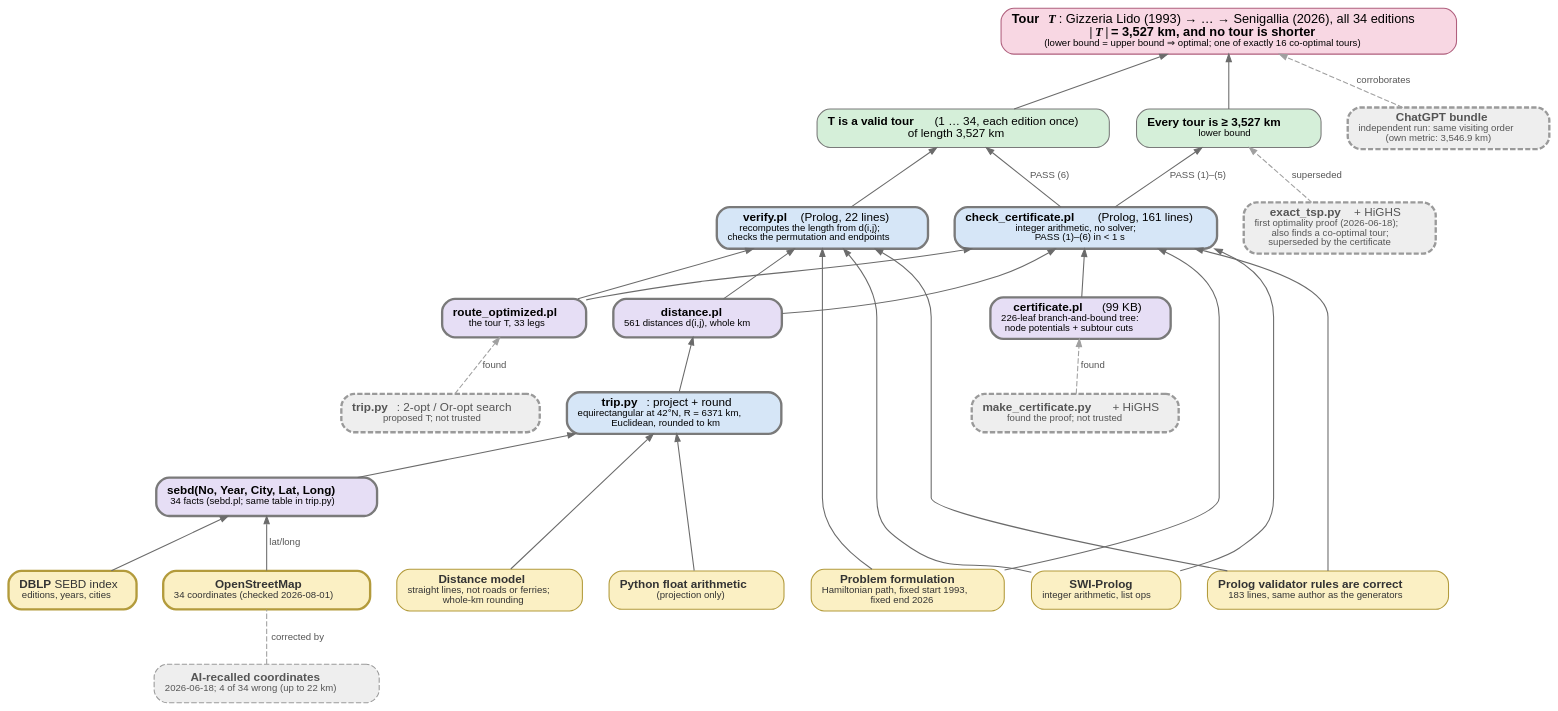
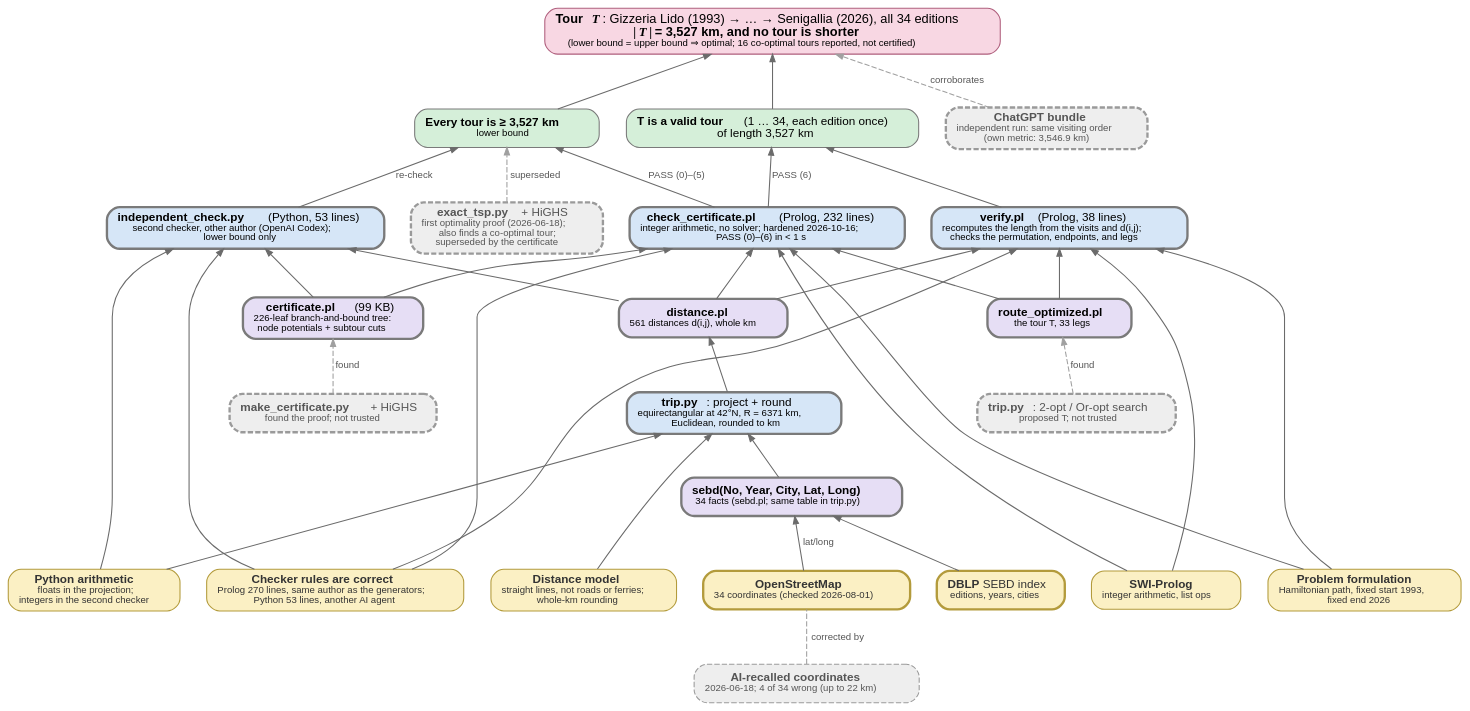
One commit to idaks/sebd-grand-tour changed the diagram in assets/evidence-tree-SEBD-tour.gv. Above: the diagram before and after it, drawn with Graphviz. The commit also changed 16 other files, not shown here.

```diff
--- a/assets/evidence-tree-SEBD-tour.gv
+++ b/assets/evidence-tree-SEBD-tour.gv
@@ -1,80 +1,86 @@
 // Evidence tree for the SEBD Grand Tour: what supports "T is an optimal tour of 3,527 km".
 // Root = derived claim; leaves = what you have to believe; inner nodes = checks/computations.
 // Grey dashed = untrusted helpers: they FOUND something that a trusted check then re-verifies.
 // Build: dot -Tsvg evidence-tree-SEBD-tour.gv -o evidence-tree-SEBD-tour.svg
-// Links are relative to this folder (evidence/...).
+// Links are relative to index.html, where the SVG is inlined (evidence/...).
+// The standalone evidence-tree-SEBD-tour.svg next to this file is rendered with ../evidence/ links.
 // Thick border (penwidth=2.2) = clickable node (has a URL).
 digraph evidence {
   rankdir=BT; newrank=true; nodesep=0.35; ranksep=0.55;
   bgcolor="transparent";
   node [shape=box, style="rounded,filled", fontname="Helvetica", fontsize=11,
         color="#7a7a7a", penwidth=1.0, margin="0.14,0.07"];
   edge [color="#6b6b6b", arrowsize=0.7, fontname="Helvetica", fontsize=9, fontcolor="#555555"];
 
   // ---------- root ----------
-  root [label=<<b>Tour <font face="Times-Roman"><i>T</i></font></b>: Gizzeria Lido (1993) → … → Senigallia (2026), all 34 editions<br/><b><font face="Times-Roman">|<i>T</i>|</font> = 3,527 km, and no tour is shorter</b><br/><font point-size="9">(lower bound = upper bound ⇒ optimal; one of exactly 16 co-optimal tours)</font>>,
+  root [label=<<b>Tour <font face="Times-Roman"><i>T</i></font></b>: Gizzeria Lido (1993) → … → Senigallia (2026), all 34 editions<br/><b><font face="Times-Roman">|<i>T</i>|</font> = 3,527 km, and no tour is shorter</b><br/><font point-size="9">(lower bound = upper bound ⇒ optimal; 16 co-optimal tours reported, not certified)</font>>,
         fillcolor="#f8d7e3", color="#b0607e", fontsize=12];
 
   // ---------- derived claims ----------
   c_valid [label=<<b>T is a valid tour</b>&#160;(1 … 34, each edition once)<br/>of length 3,527 km>, fillcolor="#d5efd9"];
   c_lower [label=<<b>Every tour is ≥ 3,527 km</b><br/><font point-size="9">lower bound</font>>, fillcolor="#d5efd9"];
 
   // ---------- trusted checks (runs) ----------
-  verify [tooltip="verify.pl: recomputes the tour length and checks the permutation", label=<<b>verify.pl</b>&#160;(Prolog, 22 lines)<br/><font point-size="9">recomputes the length from d(i,j);<br/>checks the permutation and endpoints</font>>,
+  verify [tooltip="verify.pl: recomputes the tour length and checks the permutation", label=<<b>verify.pl</b>&#160;(Prolog, 38 lines)<br/><font point-size="9">recomputes the length from the visits and d(i,j);<br/>checks the permutation, endpoints, and legs</font>>,
           fillcolor="#d6e6f7", URL="evidence/Claude-artifacts/verify.pl", penwidth=2.2];
-  checkcert [tooltip="check_certificate.pl: checks the optimality certificate, integer arithmetic only", label=<<b>check_certificate.pl</b>&#160;(Prolog, 161 lines)<br/><font point-size="9">integer arithmetic, no solver;<br/>PASS (1)–(6) in &lt; 1 s</font>>,
+  checkcert [tooltip="check_certificate.pl: checks the optimality certificate, integer arithmetic only", label=<<b>check_certificate.pl</b>&#160;(Prolog, 232 lines)<br/><font point-size="9">integer arithmetic, no solver; hardened 2026-10-16;<br/>PASS (0)–(6) in &lt; 1 s</font>>,
              fillcolor="#d6e6f7", URL="evidence/certificate/check_certificate.pl", penwidth=2.2];
+
+  indep [tooltip="independent_check.py: a second lower-bound check, by OpenAI Codex",
+         label=<<b>independent_check.py</b>&#160;(Python, 53 lines)<br/><font point-size="9">second checker, other author (OpenAI Codex);<br/>lower bound only</font>>,
+         fillcolor="#d6e6f7", URL="evidence/certificate/independent_check.py", penwidth=2.2];
 
   // ---------- artifacts (data) ----------
   route [tooltip="route_optimized.pl: the published tour", label=<<b>route_optimized.pl</b><br/><font point-size="9">the tour T, 33 legs</font>>, fillcolor="#e6def5",
          URL="evidence/Claude-artifacts/route_optimized.pl", penwidth=2.2];
   cert [tooltip="certificate.pl: the 226-leaf lower-bound proof", label=<<b>certificate.pl</b>&#160;(99 KB)<br/><font point-size="9">226-leaf branch-and-bound tree:<br/>node potentials + subtour cuts</font>>, fillcolor="#e6def5",
         URL="evidence/certificate/certificate.pl", penwidth=2.2];
   dist [tooltip="distance.pl: the 561 distances", label=<<b>distance.pl</b><br/><font point-size="9">561 distances d(i,j), whole km</font>>, fillcolor="#e6def5",
         URL="evidence/Claude-artifacts/distance.pl", penwidth=2.2];
   coords [tooltip="sebd.pl: editions, cities, coordinates", label=<<b>sebd(No, Year, City, Lat, Long)</b><br/><font point-size="9">34 facts (sebd.pl; same table in trip.py)</font>>, fillcolor="#e6def5",
           URL="evidence/Claude-artifacts/sebd.pl", penwidth=2.2];
 
   // ---------- trusted computation ----------
   project [tooltip="trip.py: projection and rounding", label=<<b>trip.py</b>: project + round<br/><font point-size="9">equirectangular at 42°N, R = 6371 km,<br/>Euclidean, rounded to km</font>>,
            fillcolor="#d6e6f7", URL="evidence/Claude-artifacts/trip.py", penwidth=2.2];
 
   // ---------- untrusted helpers (found, not trusted) ----------
   node [style="rounded,filled,dashed", fillcolor="#eeeeee", color="#9a9a9a", fontcolor="#555555"];
   search [tooltip="trip.py: the 2-opt search that found the tour", label=<<b>trip.py</b>: 2-opt / Or-opt search<br/><font point-size="9">proposed T; not trusted</font>>,
           URL="evidence/Claude-artifacts/trip.py", penwidth=2.2];
   mkcert [tooltip="make_certificate.py: generated the certificate with HiGHS", label=<<b>make_certificate.py</b> + HiGHS<br/><font point-size="9">found the proof; not trusted</font>>,
           URL="evidence/certificate/make_certificate.py", penwidth=2.2];
   exact [tooltip="exact_tsp.py: the first optimality proof", label=<<b>exact_tsp.py</b> + HiGHS<br/><font point-size="9">first optimality proof (2026-06-18);<br/>also finds a co-optimal tour;<br/>superseded by the certificate</font>>,
          URL="evidence/Claude-artifacts/exact_tsp.py", penwidth=2.2];
   gpt [tooltip="ChatGPT bundle: EVIDENCE.md", label=<<b>ChatGPT bundle</b><br/><font point-size="9">independent run: same visiting order<br/>(own metric: 3,546.9 km)</font>>,
        URL="evidence/GPT-artifacts/EVIDENCE.md", penwidth=2.2];
   airecall [label=<<b>AI-recalled coordinates</b><br/><font point-size="9">2026-06-18; 4 of 34 wrong (up to 22 km)</font>>];
 
   // ---------- leaves: what you have to believe ----------
   node [style="rounded,filled", fillcolor="#fbf0c4", color="#b39b3c", fontcolor="#333333"];
   dblp [tooltip="DBLP: SEBD proceedings index", label=<<b>DBLP</b> SEBD index<br/><font point-size="9">editions, years, cities</font>>, URL="https://dblp.org/db/conf/sebd/index.html", penwidth=2.2];
   osm [tooltip="OpenStreetMap", label=<<b>OpenStreetMap</b><br/><font point-size="9">34 coordinates (checked 2026-08-01)</font>>, URL="https://www.openstreetmap.org/", penwidth=2.2];
   model [label=<<b>Distance model</b><br/><font point-size="9">straight lines, not roads or ferries;<br/>whole-km rounding</font>>];
-  pyarith [label=<<b>Python float arithmetic</b><br/><font point-size="9">(projection only)</font>>];
+  pyarith [label=<<b>Python arithmetic</b><br/><font point-size="9">floats in the projection;<br/>integers in the second checker</font>>];
   formulation [label=<<b>Problem formulation</b><br/><font point-size="9">Hamiltonian path, fixed start 1993,<br/>fixed end 2026</font>>];
   swipl [label=<<b>SWI-Prolog</b><br/><font point-size="9">integer arithmetic, list ops</font>>];
-  checkers [label=<<b>Prolog validator rules are correct</b><br/><font point-size="9">183 lines, same author as the generators</font>>];
+  checkers [label=<<b>Checker rules are correct</b><br/><font point-size="9">Prolog 270 lines, same author as the generators;<br/>Python 53 lines, another AI agent</font>>];
 
   // ---------- support edges (from evidence up to claim) ----------
   c_valid -> root; c_lower -> root;
-  verify -> c_valid; checkcert -> c_valid [label="PASS (6)"]; checkcert -> c_lower [label="PASS (1)–(5)"];
+  verify -> c_valid; checkcert -> c_valid [label="PASS (6)"]; checkcert -> c_lower [label="PASS (0)–(5)"];
   route -> verify; dist -> verify;
   cert -> checkcert; dist -> checkcert; route -> checkcert;
   swipl -> verify; swipl -> checkcert; formulation -> verify; formulation -> checkcert; checkers -> verify; checkers -> checkcert;
+  indep -> c_lower [label="re-check"]; cert -> indep; dist -> indep; pyarith -> indep; checkers -> indep;
   project -> dist; coords -> project; model -> project; pyarith -> project;
   dblp -> coords; osm -> coords [label="lat/long"];
 
   // ---------- found-by edges (dashed: provenance, not support) ----------
   edge [style=dashed, color="#a0a0a0"];
   search -> route [label="found"]; mkcert -> cert [label="found"];
   exact -> c_lower [label="superseded"]; gpt -> root [label="corroborates"];
   airecall -> osm [label="corrected by", dir=none];
 
   { rank=same; dblp; osm; model; pyarith; formulation; swipl; checkers; }
 }
```
